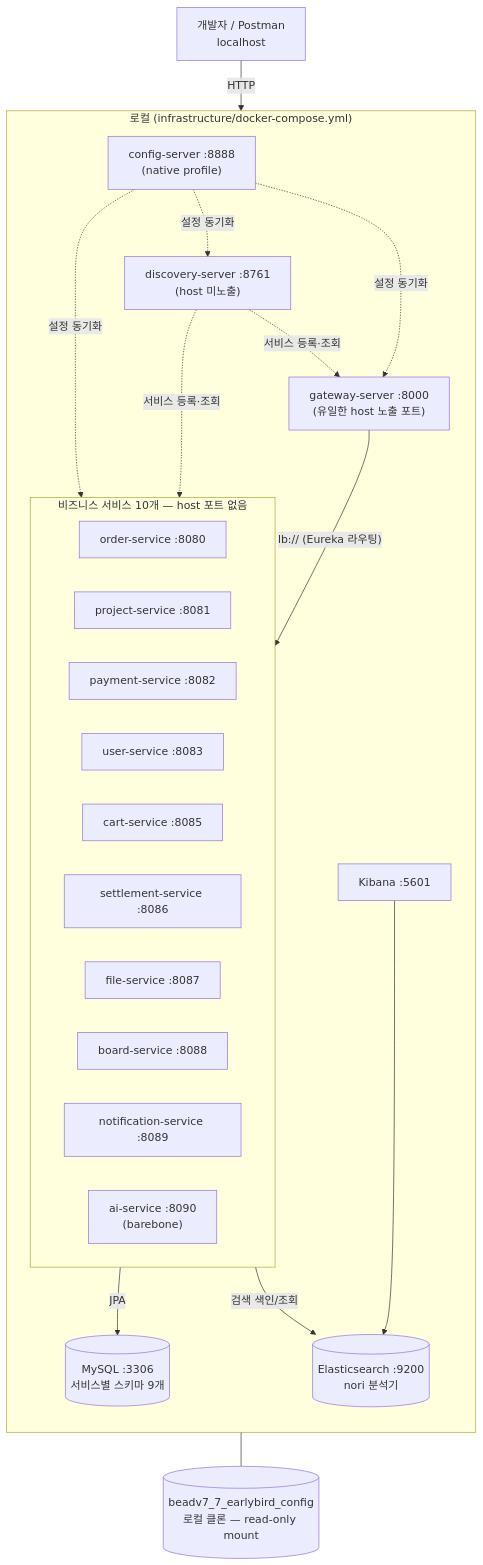
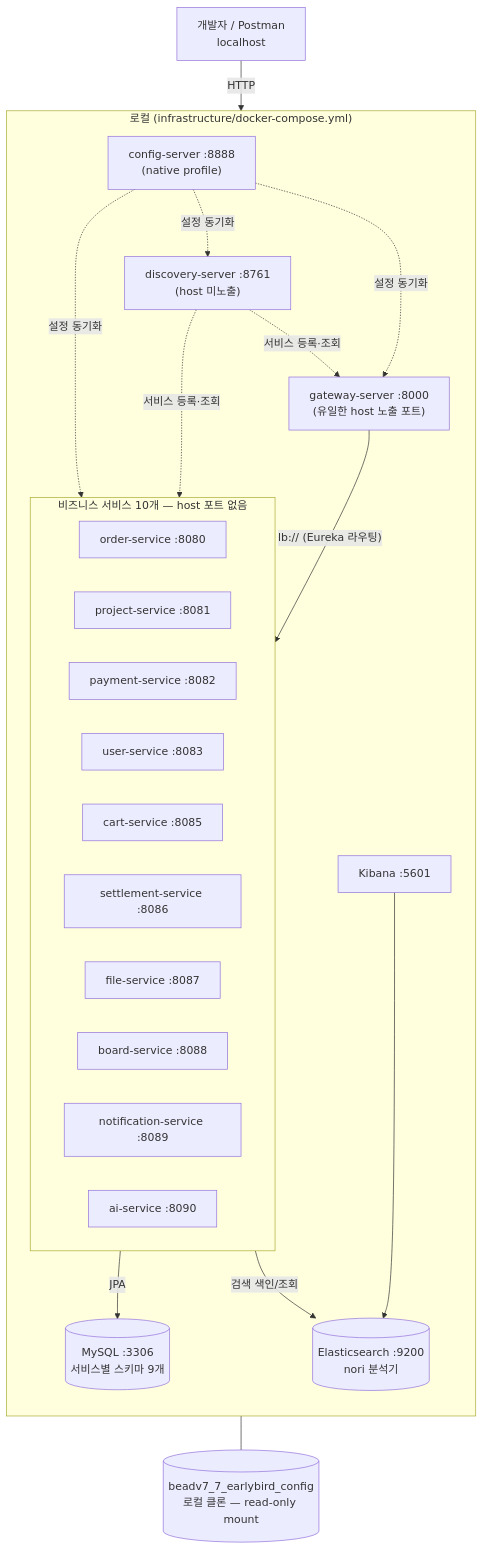
One commit to prgrms-be-adv-devcourse/beadv7_7_earlybird_BE changed the first of 3 diagrams in docs/summary/INFRA_DIAGRAM.md. Above: the diagram before and after it, drawn with Mermaid. The commit also changed other lines of this file and 5 other files, not shown here.

First line of the commit message:
docs: ai-service 설명에서 barebone/스켈레톤 표현 제거

````diff
--- a/docs/summary/INFRA_DIAGRAM.md
+++ b/docs/summary/INFRA_DIAGRAM.md
@@ -12,43 +12,43 @@
 ```mermaid
 flowchart TD
   client["개발자 / Postman<br/>localhost"]
 
   subgraph EDGE["로컬 (infrastructure/docker-compose.yml)"]
     direction TB
     GW["gateway-server :8000<br/>(유일한 host 노출 포트)"]
 
     subgraph SVC["비즈니스 서비스 10개 — host 포트 없음"]
       direction LR
       ORDER["order-service :8080"]
       PROJECT["project-service :8081"]
       PAYMENT["payment-service :8082"]
       USER["user-service :8083"]
       CART["cart-service :8085"]
       SETTLE["settlement-service :8086"]
       FILE["file-service :8087"]
       BOARD["board-service :8088"]
       NOTI["notification-service :8089"]
-      AI["ai-service :8090<br/>(barebone)"]
+      AI["ai-service :8090"]
     end
 
     CFG["config-server :8888<br/>(native profile)"]
     DISC["discovery-server :8761<br/>(host 미노출)"]
     MYSQL[("MySQL :3306<br/>서비스별 스키마 9개")]
     ES[("Elasticsearch :9200<br/>nori 분석기")]
     KIBANA["Kibana :5601"]
   end
 
   CONFIGREPO[("beadv7_7_earlybird_config<br/>로컬 클론 — read-only mount")]
 
   client -->|HTTP| GW
   GW -->|"lb:// (Eureka 라우팅)"| SVC
   CFG -.->|설정 동기화| GW
   CFG -.->|설정 동기화| SVC
   CFG -.->|설정 동기화| DISC
   DISC -.->|서비스 등록·조회| GW
   DISC -.->|서비스 등록·조회| SVC
   SVC -->|JPA| MYSQL
   PROJECT -->|검색 색인/조회| ES
   KIBANA --> ES
   CFG --- CONFIGREPO
 ```
````
